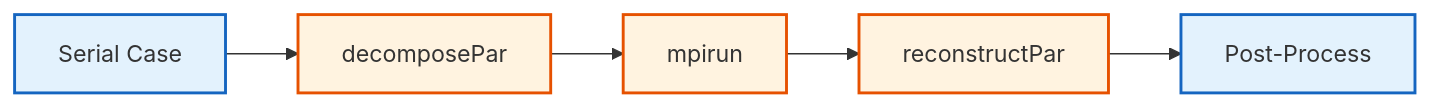
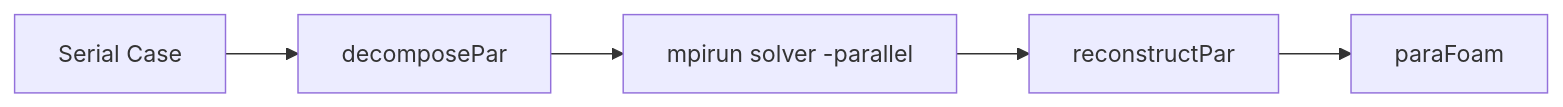
The diagram in MODULE_03_SINGLE_PHASE_FLOW/CONTENT/07_ADVANCED_TOPICS/01_High_Performance_Computing.md (wramet/build-my-cfd), drawn with Mermaid before and after one commit. The commit also changed other lines of this file and 384 other files, not shown here.

````diff
--- a/MODULE_03_SINGLE_PHASE_FLOW/CONTENT/07_ADVANCED_TOPICS/01_High_Performance_Computing.md
+++ b/MODULE_03_SINGLE_PHASE_FLOW/CONTENT/07_ADVANCED_TOPICS/01_High_Performance_Computing.md
@@ -639,11 +203,7 @@
 ```mermaid
 flowchart LR
-%% Classes
-classDef explicit fill:#fff3e0,stroke:#e65100,stroke-width:2px;
-classDef implicit fill:#e3f2fd,stroke:#1565c0,stroke-width:2px;
-%% Nodes
-A[Serial Case]:::implicit --> B[decomposePar]:::explicit
-B --> C[mpirun]:::explicit
-C --> D[reconstructPar]:::explicit
-D --> E[Post-Process]:::implicit
+    A[Serial Case] --> B[decomposePar]
+    B --> C[mpirun solver -parallel]
+    C --> D[reconstructPar]
+    D --> E[paraFoam]
 ```
````
